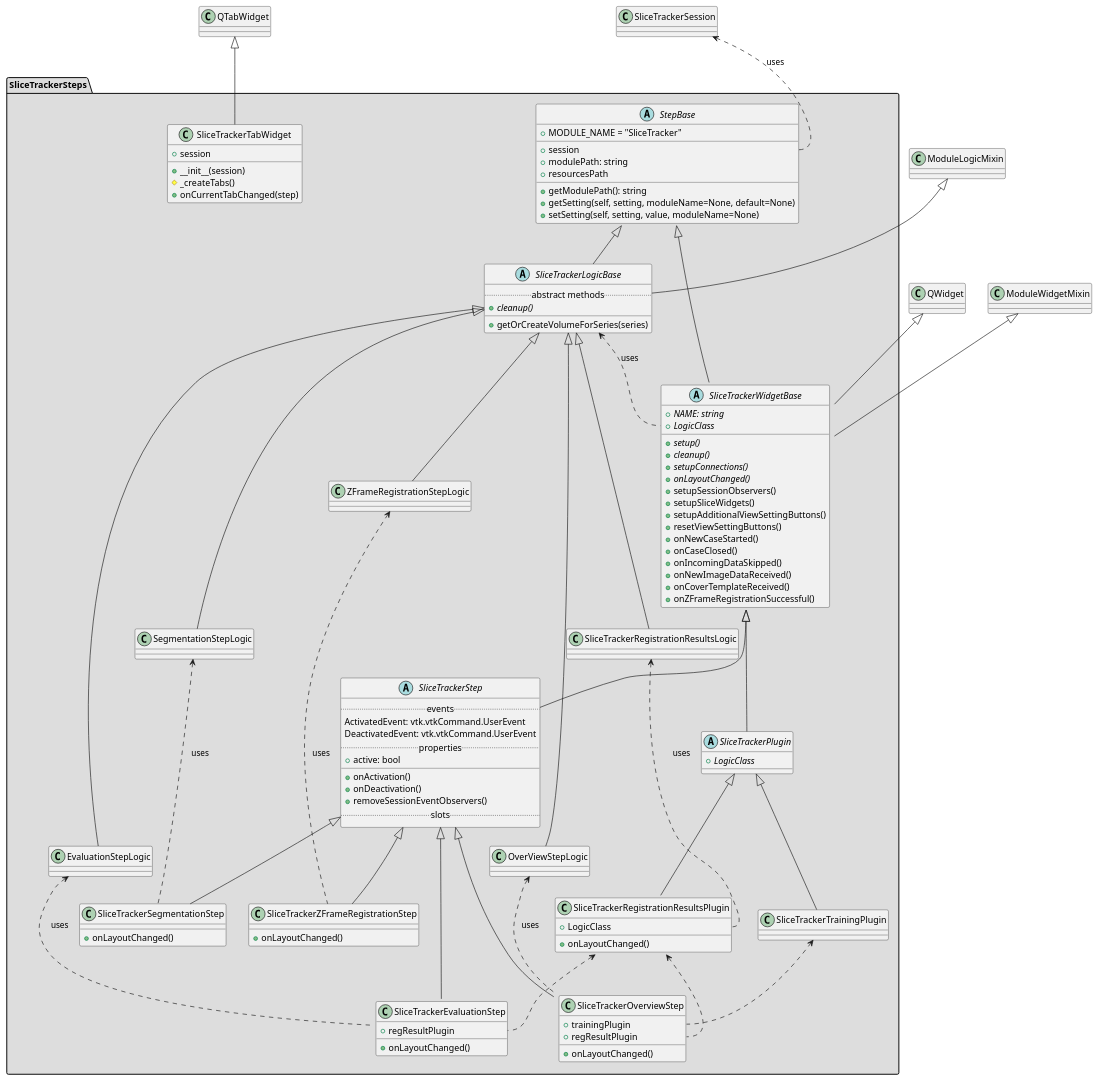
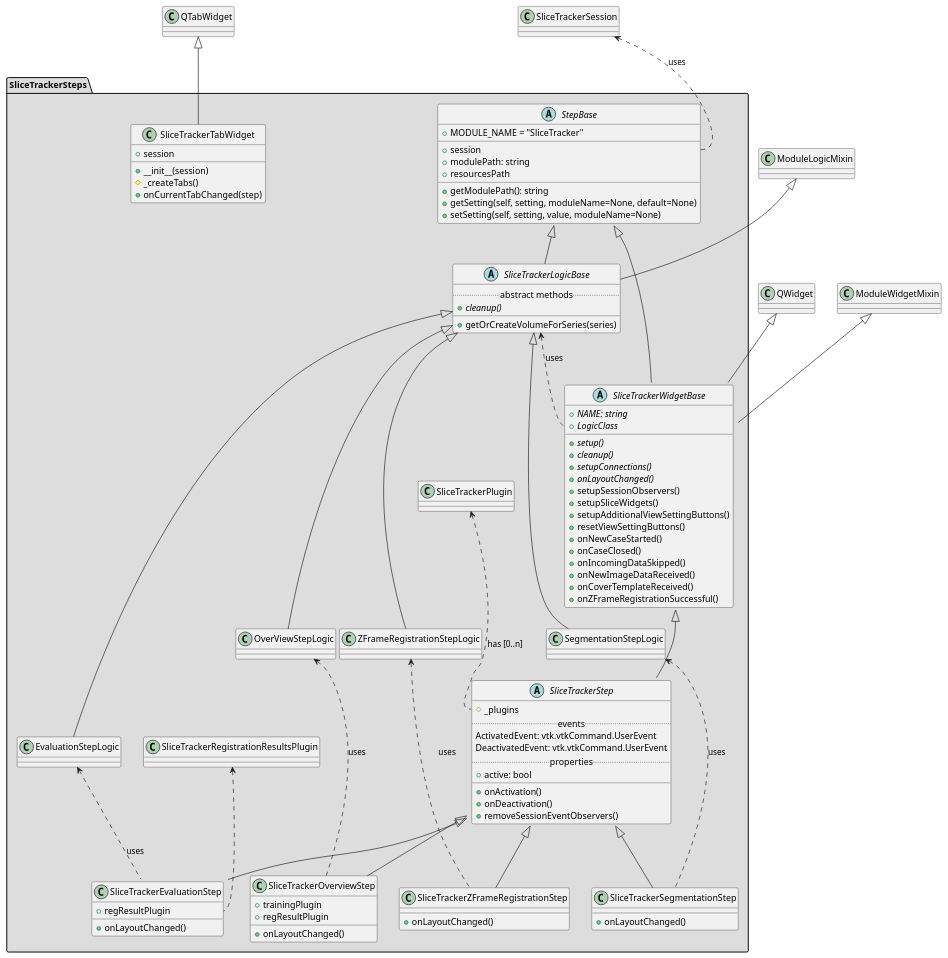
The diagram in puml/SliceTrackerSteps.puml (SlicerProstate/SliceTracker), drawn with PlantUML before and after one commit. The commit also changed 10 other files, not shown here.

First line of the commit message:
ENH: added SliceTrackerTargetTablePlugin

```diff
--- a/puml/SliceTrackerSteps.puml
+++ b/puml/SliceTrackerSteps.puml
@@ -1,147 +1,125 @@
 @startuml
 
 package "SliceTrackerSteps" #DDDDDD {
 
   class SliceTrackerTabWidget {
     + session
     + __init__(session)
     # _createTabs()
     + onCurrentTabChanged(step)
   }
 
   abstract class StepBase {
     + MODULE_NAME = "SliceTracker"
     __
     + session
     + modulePath: string
     + resourcesPath
     __
     + getModulePath(): string
     + getSetting(self, setting, moduleName=None, default=None)
     + setSetting(self, setting, value, moduleName=None)
   }
 
-  abstract class SliceTrackerPlugin {
-    + {abstract} LogicClass
-  }
-
-  SliceTrackerWidgetBase <|-- SliceTrackerPlugin
-
   abstract class SliceTrackerWidgetBase {
     + {abstract} NAME: string
     + {abstract} LogicClass
     + {abstract} setup()
     + {abstract} cleanup()
     + {abstract} setupConnections()
     + {abstract} onLayoutChanged()
     + setupSessionObservers()
     + setupSliceWidgets()
     + setupAdditionalViewSettingButtons()
     + resetViewSettingButtons()
     + onNewCaseStarted()
     + onCaseClosed()
     + onIncomingDataSkipped()
     + onNewImageDataReceived()
     + onCoverTemplateReceived()
     + onZFrameRegistrationSuccessful()
   }
 
   StepBase <|-- SliceTrackerWidgetBase
 
   abstract class SliceTrackerStep {
+    # _plugins
     .. events ..
     ActivatedEvent: vtk.vtkCommand.UserEvent
     DeactivatedEvent: vtk.vtkCommand.UserEvent
     .. properties ..
     + active: bool
     __
     + onActivation()
     + onDeactivation()
     + removeSessionEventObservers()
-    .. slots ..
   }
 
   SliceTrackerWidgetBase <|-- SliceTrackerStep
+  SliceTrackerPlugin <.. SliceTrackerStep::_plugins: has [0..n]
 
 
   abstract class SliceTrackerLogicBase {
     .. abstract methods ..
     + {abstract} cleanup()
     __
     + getOrCreateVolumeForSeries(series)
   }
 
   StepBase <|-- SliceTrackerLogicBase
 
   class SliceTrackerOverviewStep {
     + onLayoutChanged()
     + trainingPlugin
     + regResultPlugin
   }
-
-  class SliceTrackerTrainingPlugin {
-  }
-
-  class SliceTrackerRegistrationResultsPlugin {
-    + LogicClass
-    + onLayoutChanged()
-  }
-
-  class SliceTrackerRegistrationResultsLogic
-
-  SliceTrackerTrainingPlugin <.. SliceTrackerOverviewStep::trainingPlugin
-  SliceTrackerPlugin <|-- SliceTrackerTrainingPlugin
-  SliceTrackerPlugin <|-- SliceTrackerRegistrationResultsPlugin
-  SliceTrackerRegistrationResultsPlugin <.. SliceTrackerOverviewStep::regResultPlugin
-  SliceTrackerLogicBase <|-- SliceTrackerRegistrationResultsLogic
-  SliceTrackerRegistrationResultsLogic <.. SliceTrackerRegistrationResultsPlugin::LogicClass: uses
 
 
   class SliceTrackerSegmentationStep {
     + onLayoutChanged()
   }
 
   class SliceTrackerZFrameRegistrationStep {
     + onLayoutChanged()
   }
 
   class SliceTrackerEvaluationStep {
     + regResultPlugin
     __
     + onLayoutChanged()
   }
 
   SliceTrackerRegistrationResultsPlugin <.. SliceTrackerEvaluationStep::regResultPlugin
 
   'class OverViewStepLogic
   'class SegmentationStepLogic
   'class ZFrameRegistrationStepLogic
   'class EvaluationStepLogic
   '
   SliceTrackerLogicBase <|-- OverViewStepLogic
   SliceTrackerLogicBase <|-- SegmentationStepLogic
   SliceTrackerLogicBase <|-- ZFrameRegistrationStepLogic
   SliceTrackerLogicBase <|-- EvaluationStepLogic
 
   SliceTrackerStep <|-- SliceTrackerOverviewStep
   SliceTrackerStep <|-- SliceTrackerSegmentationStep
   SliceTrackerStep <|-- SliceTrackerZFrameRegistrationStep
   SliceTrackerStep <|-- SliceTrackerEvaluationStep
 
   OverViewStepLogic <.. SliceTrackerOverviewStep: uses
   SegmentationStepLogic <.. SliceTrackerSegmentationStep: uses
   ZFrameRegistrationStepLogic <.. SliceTrackerZFrameRegistrationStep: uses
   EvaluationStepLogic <.. SliceTrackerEvaluationStep: uses
 
   SliceTrackerLogicBase <.. SliceTrackerWidgetBase::LogicClass : uses
 }
 
 QTabWidget <|-- SliceTrackerTabWidget
 QWidget <|-- SliceTrackerWidgetBase
 ModuleWidgetMixin <|-- SliceTrackerWidgetBase
 ModuleLogicMixin <|-- SliceTrackerLogicBase
 
 SliceTrackerSession <.. StepBase::session : uses
 'SliceTrackerSession "0" --> "*" SliceTrackerStep
 
 @enduml
```
